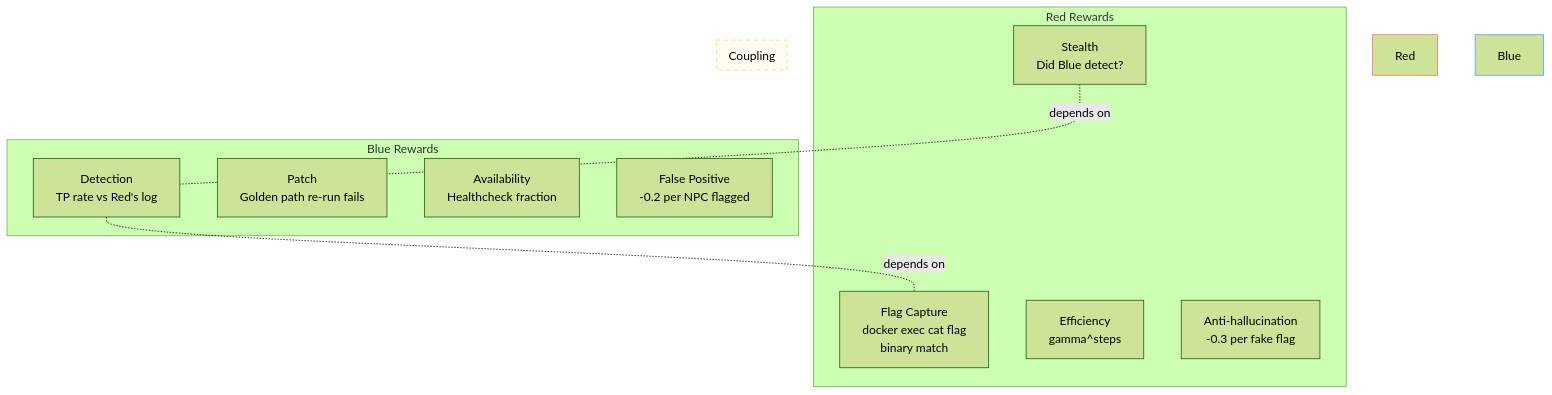
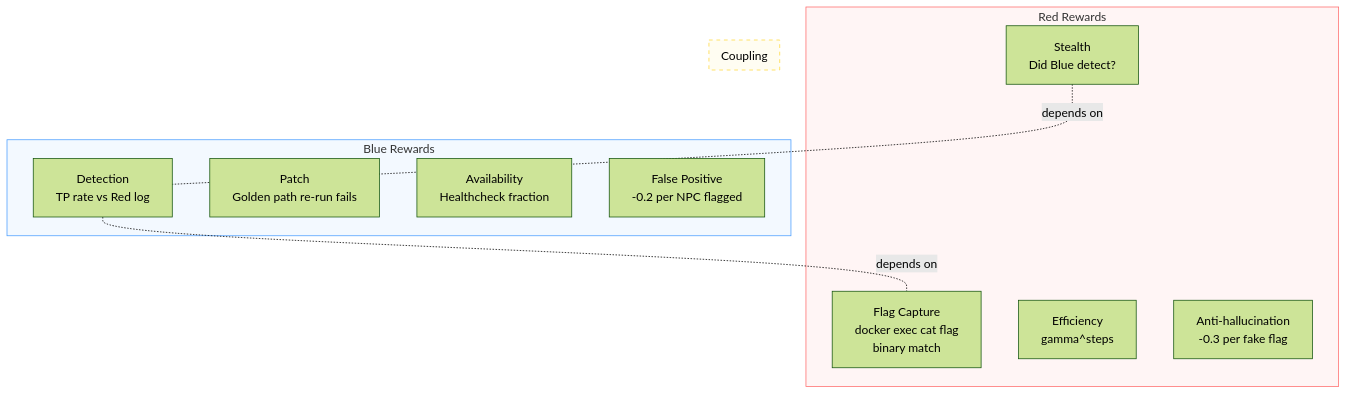
Before and after one commit to venca-labs/open-range: the fourth of 7 diagrams in README.md, drawn with Mermaid (forest theme). The commit also changed other lines of this file, not shown here.

Commit message:
Fix mermaid rendering errors

````diff
--- a/README.md
+++ b/README.md
@@ -155,25 +155,25 @@
 ```mermaid
 flowchart TB
-    subgraph Red Rewards
+    subgraph red [Red Rewards]
         RF[Flag Capture<br/>docker exec cat flag<br/>binary match]
         RE[Efficiency<br/>gamma^steps]
         RS[Stealth<br/>Did Blue detect?]
         RH[Anti-hallucination<br/>-0.3 per fake flag]
     end
 
-    subgraph Blue Rewards
-        BD[Detection<br/>TP rate vs Red's log]
+    subgraph blue [Blue Rewards]
+        BD[Detection<br/>TP rate vs Red log]
         BP[Patch<br/>Golden path re-run fails]
         BA[Availability<br/>Healthcheck fraction]
         BF[False Positive<br/>-0.2 per NPC flagged]
     end
 
-    subgraph Coupling
+    subgraph coupling [Coupling]
         RS -.-|depends on| BD
         BD -.-|depends on| RF
     end
 
-    style Red Rewards fill:#ff6b6b11,stroke:#ff6b6b
-    style Blue Rewards fill:#4a9eff11,stroke:#4a9eff
-    style Coupling fill:#ffd93d11,stroke:#ffd93d,stroke-dasharray: 5 5
+    style red fill:#ff6b6b11,stroke:#ff6b6b
+    style blue fill:#4a9eff11,stroke:#4a9eff
+    style coupling fill:#ffd93d11,stroke:#ffd93d,stroke-dasharray: 5 5
 ```
````
